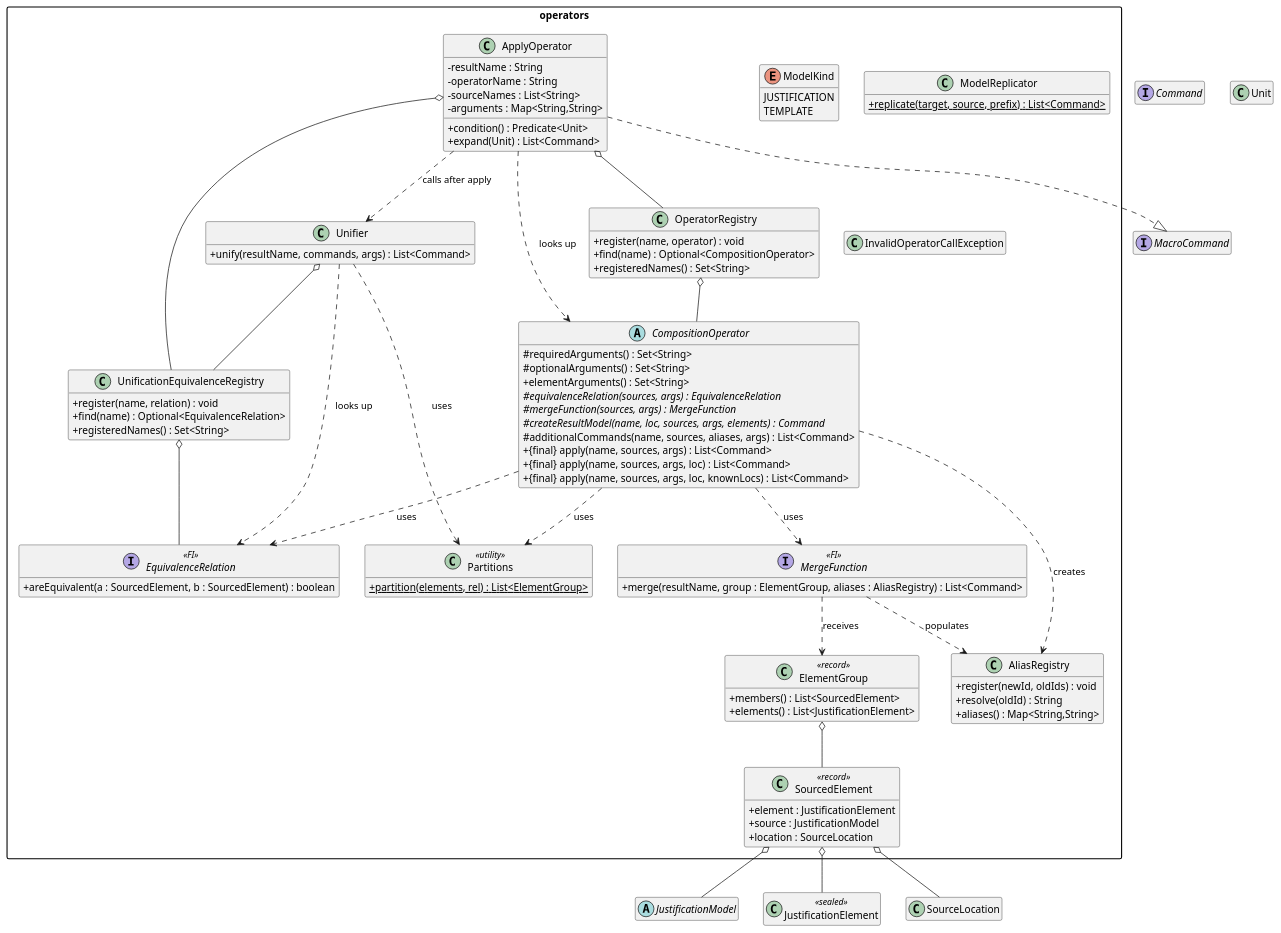
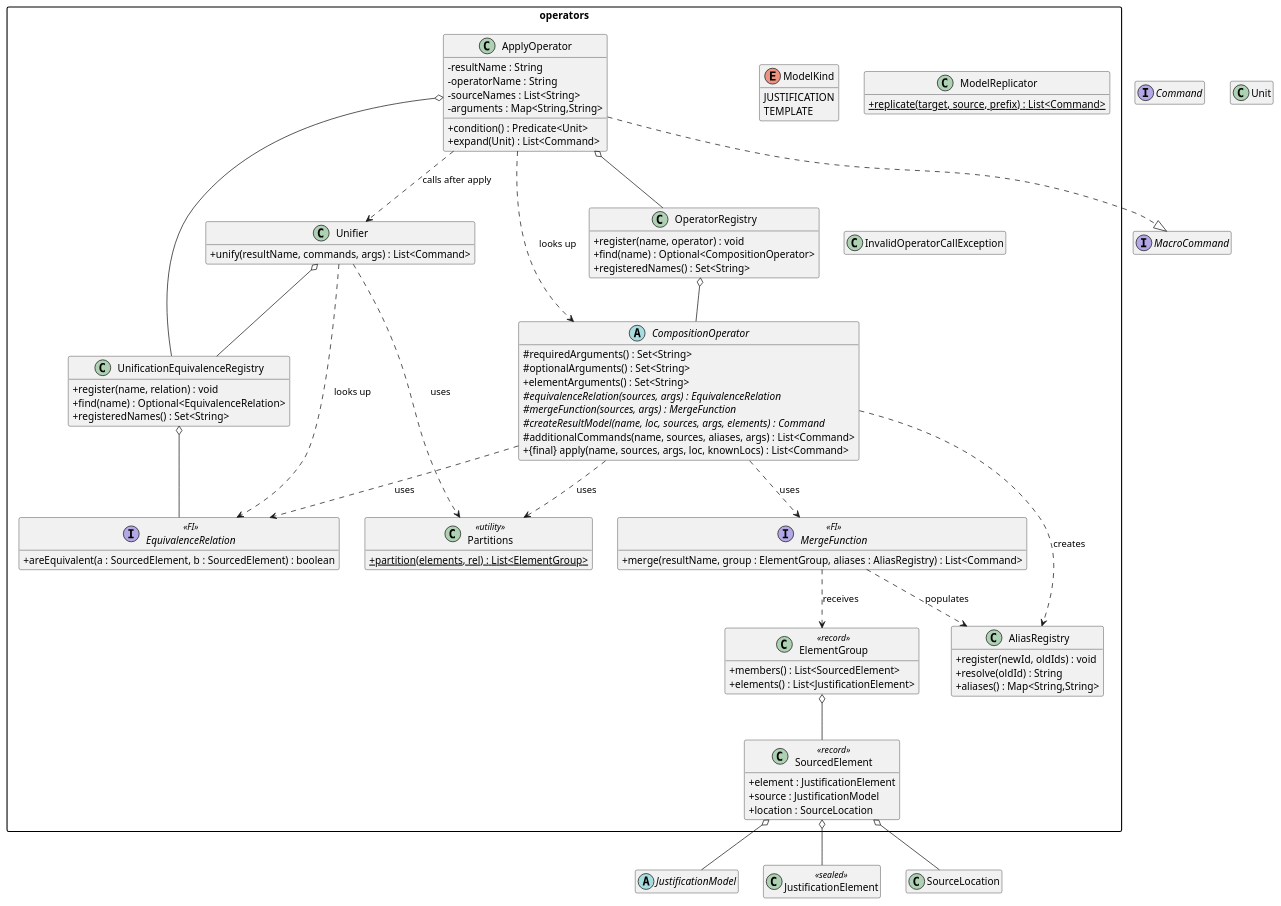
Before and after one commit to jpipe-mcscert/jpipe-compiler: the first of 3 diagrams in docs/design/operators.md, drawn with PlantUML. The commit also changed other lines of this file and 11 other files, not shown here.

```diff
--- a/docs/design/operators.md
+++ b/docs/design/operators.md
@@ -166,8 +167,6 @@
     # {abstract} mergeFunction(sources, args) : MergeFunction
     # {abstract} createResultModel(name, loc, sources, args, elements) : Command
     # additionalCommands(name, sources, aliases, args) : List<Command>
-    + {final} apply(name, sources, args) : List<Command>
-    + {final} apply(name, sources, args, loc) : List<Command>
     + {final} apply(name, sources, args, loc, knownLocs) : List<Command>
   }
 
```
